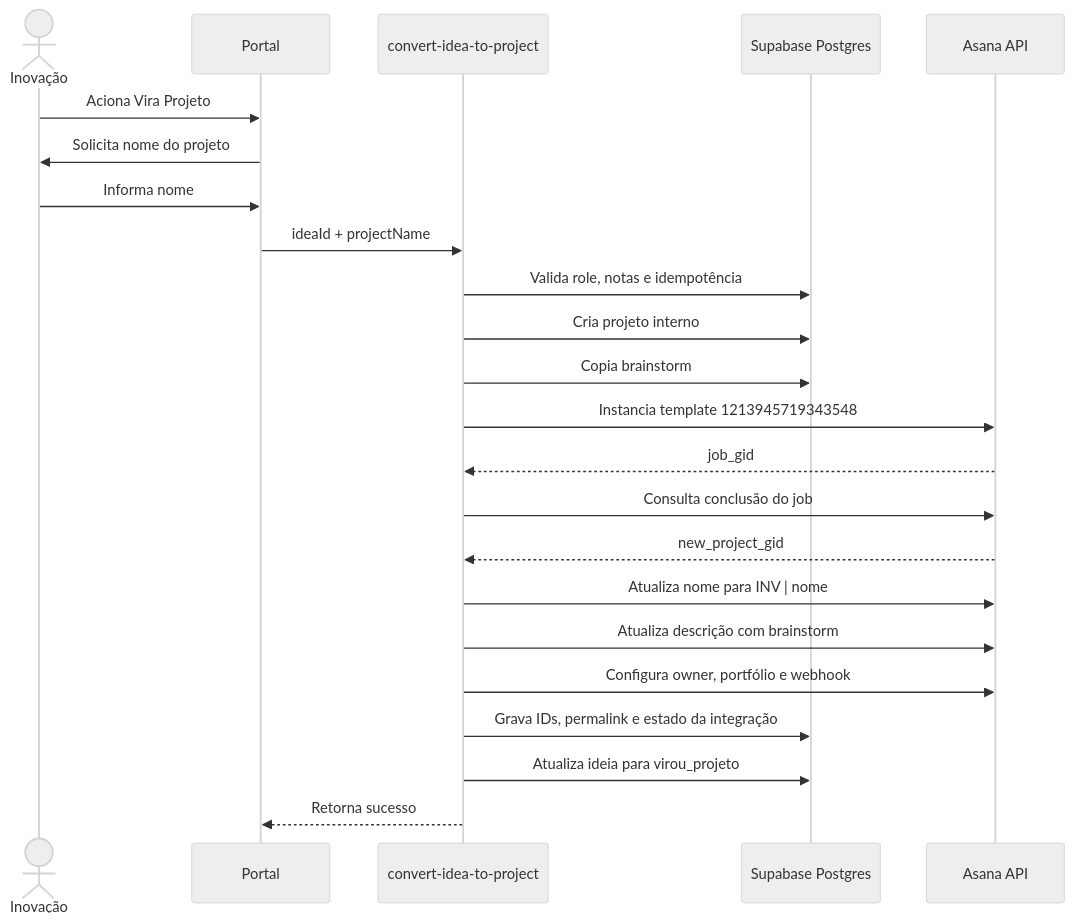
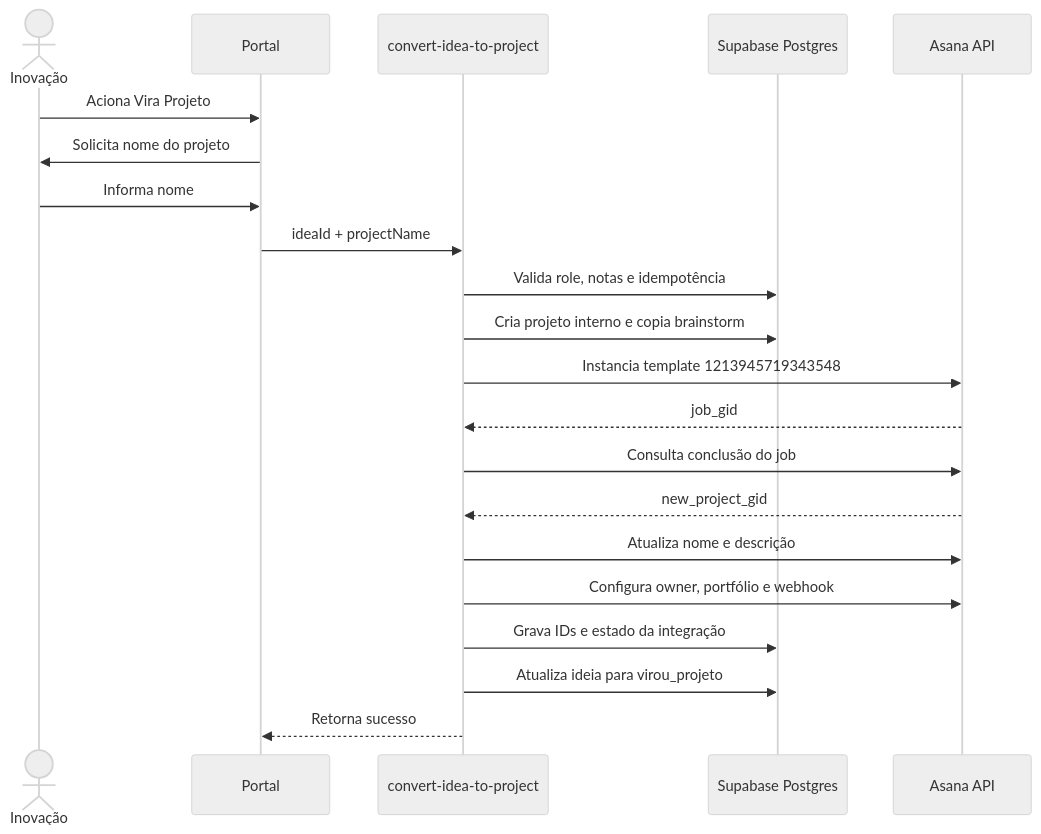
Before and after one commit to phablo-tavares/documentacao_portal_inovacao: the sixth of 7 diagrams in design-tecnico-portal-inovacao.md, drawn with Mermaid (neutral theme). The commit also changed other lines of this file and 1 other file, not shown here.

````diff
--- a/design-tecnico-portal-inovacao.md
+++ b/design-tecnico-portal-inovacao.md
@@ -245,26 +354,24 @@
 ```mermaid
 sequenceDiagram
   actor I as Inovação
   participant UI as Portal
   participant EF as convert-idea-to-project
   participant DB as Supabase Postgres
   participant AS as Asana API
 
   I->>UI: Aciona Vira Projeto
   UI->>I: Solicita nome do projeto
   I->>UI: Informa nome
   UI->>EF: ideaId + projectName
   EF->>DB: Valida role, notas e idempotência
-  EF->>DB: Cria projeto interno
-  EF->>DB: Copia brainstorm
+  EF->>DB: Cria projeto interno e copia brainstorm
   EF->>AS: Instancia template 1213945719343548
   AS-->>EF: job_gid
   EF->>AS: Consulta conclusão do job
   AS-->>EF: new_project_gid
-  EF->>AS: Atualiza nome para INV | nome
-  EF->>AS: Atualiza descrição com brainstorm
+  EF->>AS: Atualiza nome e descrição
   EF->>AS: Configura owner, portfólio e webhook
-  EF->>DB: Grava IDs, permalink e estado da integração
+  EF->>DB: Grava IDs e estado da integração
   EF->>DB: Atualiza ideia para virou_projeto
   EF-->>UI: Retorna sucesso
 ```
````
